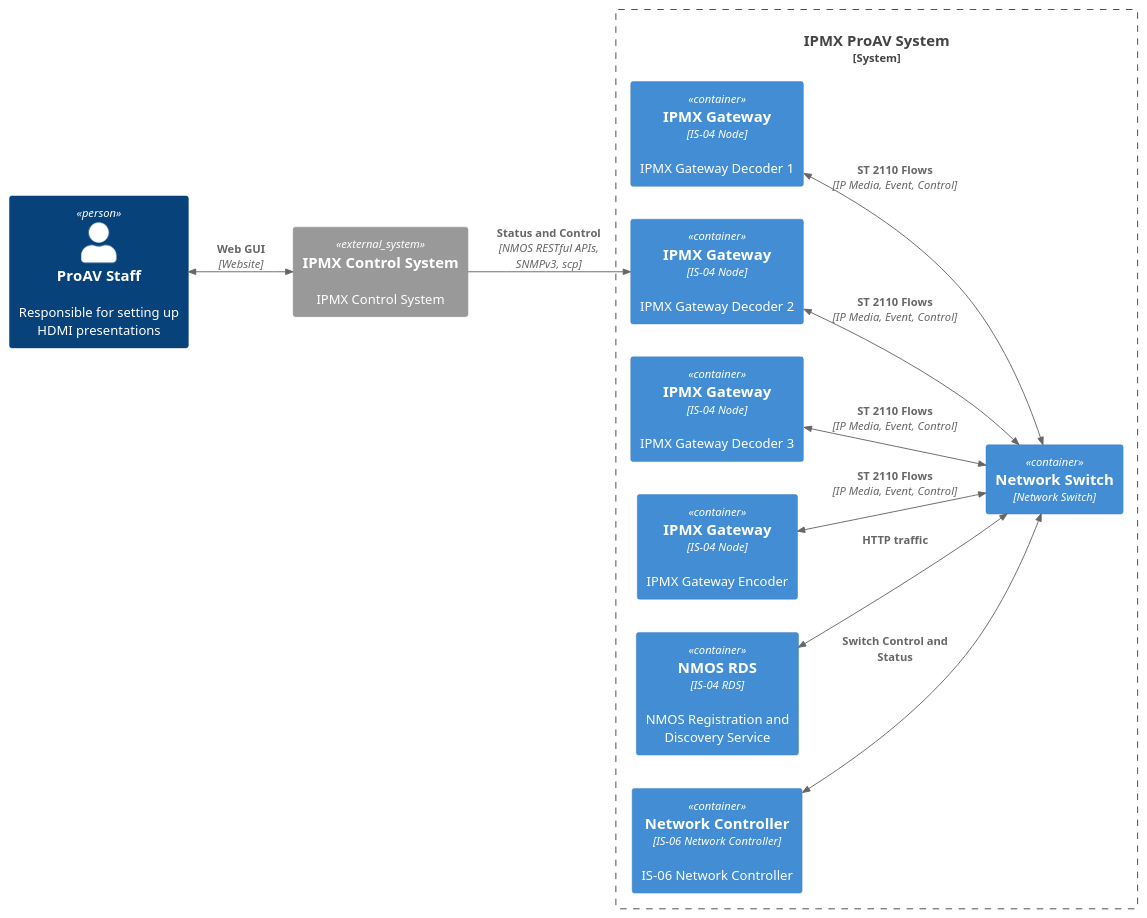
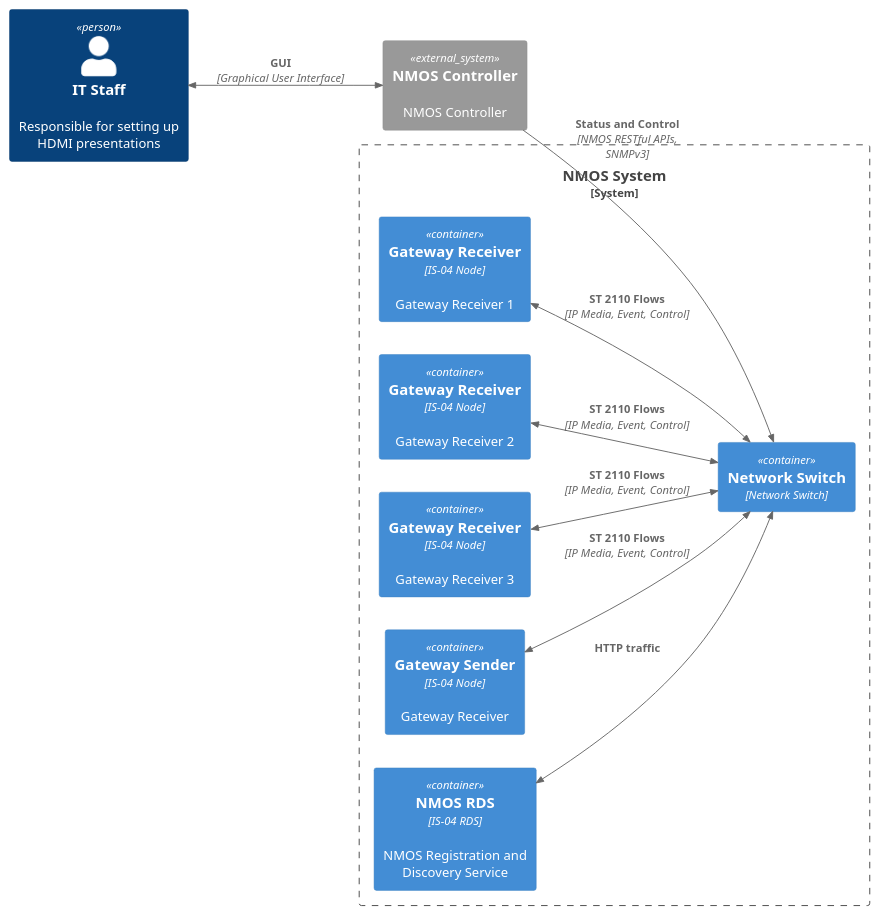
The diagram in docs/images/puml/ipmx_container_diagram.puml (AMWA-TV/bcp-005-01), drawn with PlantUML before and after one commit. The commit also changed 19 other files, not shown here.

First line of the commit message:
Update language in Architecture document (#45)

```diff
--- a/docs/images/puml/ipmx_container_diagram.puml
+++ b/docs/images/puml/ipmx_container_diagram.puml
@@ -1,29 +1,27 @@
 @startuml
 !include https://raw.githubusercontent.com/plantuml-stdlib/C4-PlantUML/master/C4_Container.puml
 
 LAYOUT_LEFT_RIGHT()
 
-Person(person, "ProAV Staff", "Responsible for setting up HDMI presentations")
+Person(person, "IT Staff", "Responsible for setting up HDMI presentations")
 
-System_Ext(ics, "IPMX Control System", "IPMX Control System")
+System_Ext(ics, "NMOS Controller", "NMOS Controller")
 
-System_Boundary(proav, "IPMX ProAV System") {
+System_Boundary(proav, "NMOS System") {
 
-    Container(dec_1, "IPMX Gateway", "IS-04 Node", "IPMX Gateway Decoder 1")
-    Container(dec_2, "IPMX Gateway", "IS-04 Node", "IPMX Gateway Decoder 2")
-    Container(dec_3, "IPMX Gateway", "IS-04 Node", "IPMX Gateway Decoder 3")
-    Container(enc, "IPMX Gateway", "IS-04 Node", "IPMX Gateway Encoder")
+    Container(dec_1, "Gateway Receiver", "IS-04 Node", "Gateway Receiver 1")
+    Container(dec_2, "Gateway Receiver", "IS-04 Node", "Gateway Receiver 2")
+    Container(dec_3, "Gateway Receiver", "IS-04 Node", "Gateway Receiver 3")
+    Container(Snd, "Gateway Sender", "IS-04 Node", "Gateway Receiver")
     Container(rds, "NMOS RDS", "IS-04 RDS", "NMOS Registration and Discovery Service")
-    Container(nc, "Network Controller", "IS-06 Network Controller", "IS-06 Network Controller")
     Container(switch, "Network Switch", "Network Switch")
 }
 
-BiRel(person, ics, "Web GUI", "Website")
+BiRel(person, ics, "GUI", "Graphical User Interface")
 BiRel(dec_1, switch, "ST 2110 Flows", "IP Media, Event, Control")
 BiRel(dec_2, switch, "ST 2110 Flows", "IP Media, Event, Control")
 BiRel(dec_3, switch, "ST 2110 Flows", "IP Media, Event, Control")
-BiRel(enc, switch, "ST 2110 Flows", "IP Media, Event, Control")
-BiRel(nc, switch, "Switch Control and Status")
+BiRel(Snd, switch, "ST 2110 Flows", "IP Media, Event, Control")
 BiRel(rds, switch, "HTTP traffic")
-Rel(ics, dec_2, "Status and Control", "NMOS RESTful APIs, SNMPv3, scp")
+Rel(ics, switch, "Status and Control", "NMOS RESTful APIs, SNMPv3")
 @enduml
```
